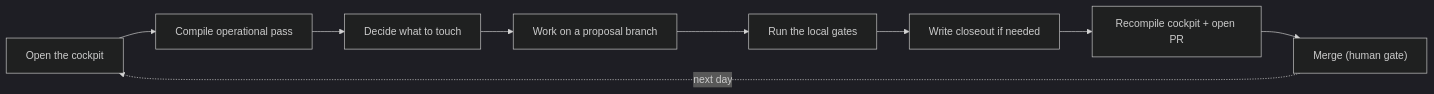
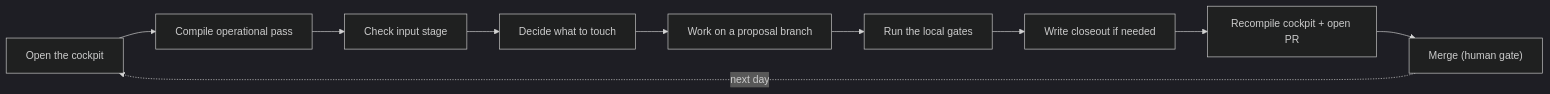
The diagram in memories/system/wiki/daily-operation.md (kimlage/wiki-viva-kit), drawn with Mermaid (dark theme) before and after one commit. The commit also changed other lines of this file and 86 other files, not shown here.

Commit message:
Add integral root entity input stage v6.8

````diff
--- a/memories/system/wiki/daily-operation.md
+++ b/memories/system/wiki/daily-operation.md
@@ -63,11 +69,12 @@
 ```mermaid
 flowchart LR
     cockpit["Open the cockpit"] --> pass["Compile operational pass"]
-    pass --> decide["Decide what to touch"]
+    pass --> stage["Check input stage"]
+    stage --> decide["Decide what to touch"]
     decide --> branch["Work on a proposal branch"]
     branch --> gates["Run the local gates"]
     gates --> closeout["Write closeout if needed"]
     closeout --> ship["Recompile cockpit + open PR"]
     ship --> merge["Merge (human gate)"]
     merge -. next day .-> cockpit
 ```
````
